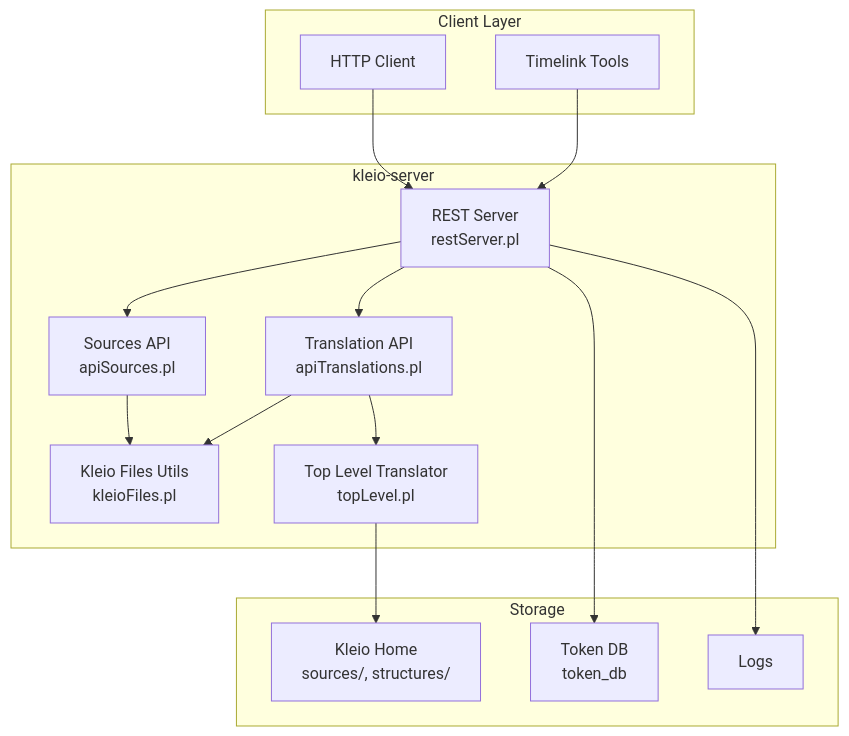
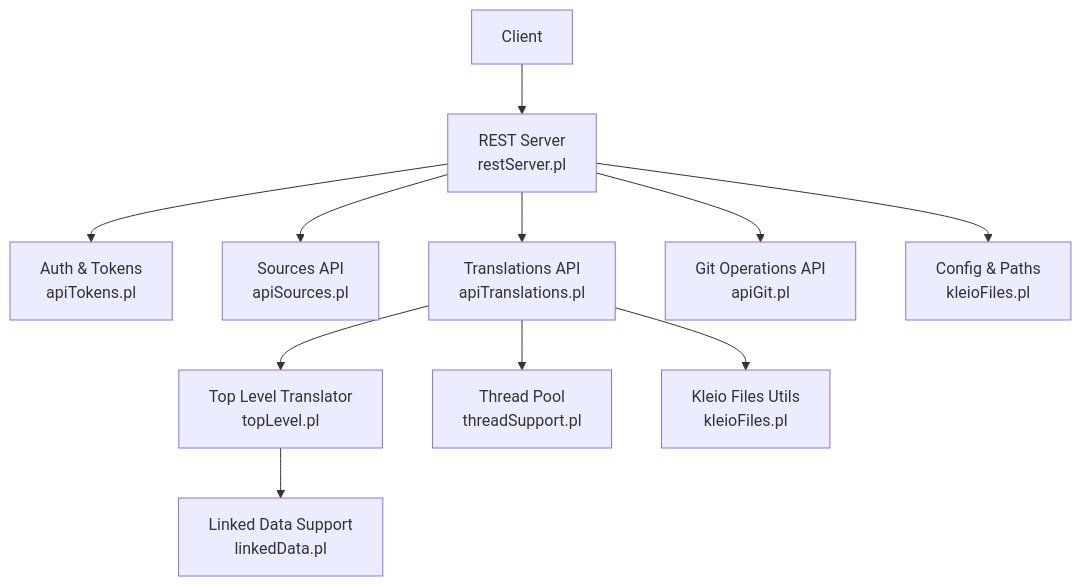
The first of 4 diagrams in .qoder/repowiki/en/content/Project Overview/Project Overview.md (time-link/timelink-kleio), drawn with Mermaid before and after one commit. The commit also changed other lines of this file and 225 other files, not shown here.

````diff
--- a/.qoder/repowiki/en/content/Project Overview/Project Overview.md
+++ b/.qoder/repowiki/en/content/Project Overview/Project Overview.md
@@ -47,29 +53,13 @@
 ```mermaid
 graph TB
-subgraph "Client Layer"
-C1["HTTP Client"]
-C2["Timelink Tools"]
-end
-subgraph "kleio-server"
-RS["REST Server<br/>restServer.pl"]
-TR["Translation API<br/>apiTranslations.pl"]
-AS["Sources API<br/>apiSources.pl"]
-TF["Kleio Files Utils<br/>kleioFiles.pl"]
-TL["Top Level Translator<br/>topLevel.pl"]
-end
-subgraph "Storage"
-KH["Kleio Home<br/>sources/, structures/"]
-TOK["Token DB<br/>token_db"]
-LOG["Logs"]
-end
-C1 --> RS
-C2 --> RS
-RS --> TR
-RS --> AS
-TR --> TL
-AS --> TF
-TR --> TF
-RS --> TOK
-RS --> LOG
-TL --> KH
+Client["Client"] --> REST["REST Server<br/>restServer.pl"]
+REST --> Auth["Auth & Tokens<br/>apiTokens.pl"]
+REST --> Sources["Sources API<br/>apiSources.pl"]
+REST --> Translations["Translations API<br/>apiTranslations.pl"]
+REST --> GitOps["Git Operations API<br/>apiGit.pl"]
+Translations --> TopLevel["Top Level Translator<br/>topLevel.pl"]
+Translations --> Threads["Thread Pool<br/>threadSupport.pl"]
+Translations --> KFiles["Kleio Files Utils<br/>kleioFiles.pl"]
+TopLevel --> LinkedData["Linked Data Support<br/>linkedData.pl"]
+REST --> Config["Config & Paths<br/>kleioFiles.pl"]
 ```
````
